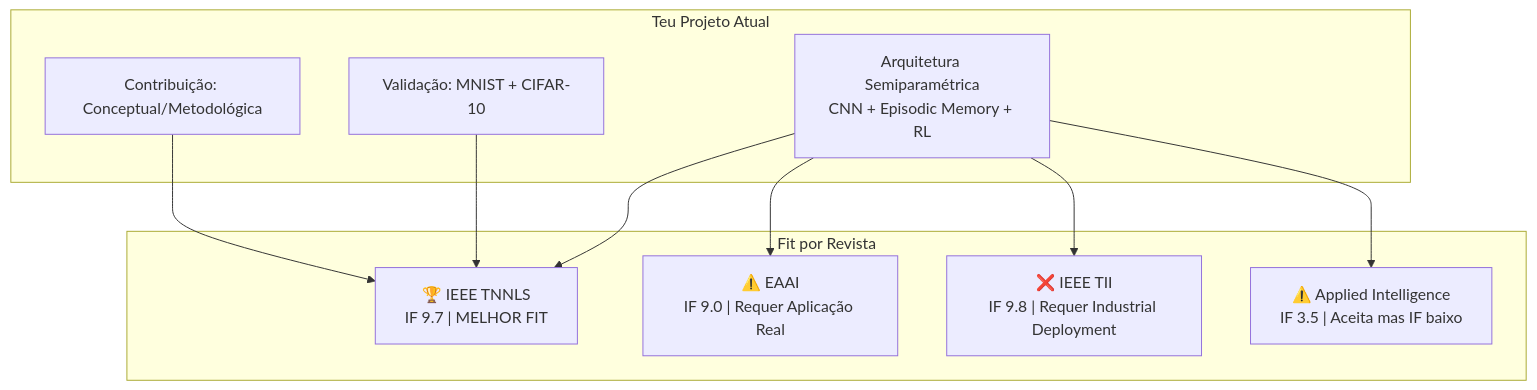
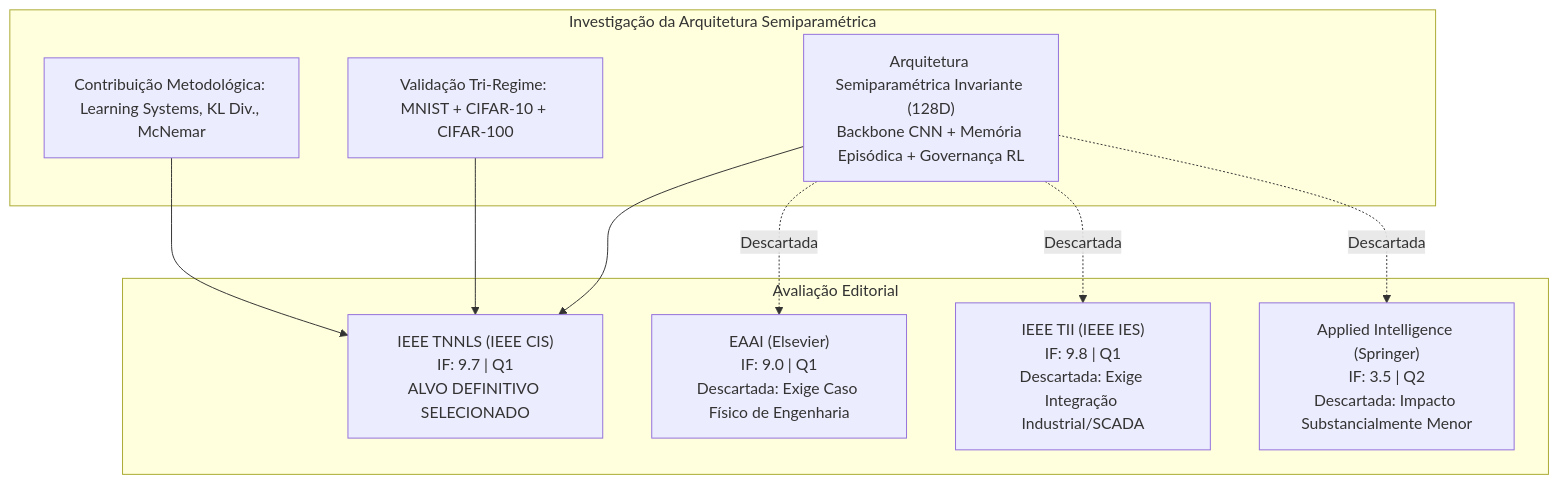
Before and after one commit to Santiago-1211173/projeto-cnn: the diagram in docs/Literatura/journal_analysis.md, drawn with Mermaid. The commit also changed other lines of this file and 14 other files, not shown here.

````diff
--- a/docs/Literatura/journal_analysis.md
+++ b/docs/Literatura/journal_analysis.md
@@ -106,23 +70,23 @@
 ```mermaid
 graph TD
-    subgraph Projeto["Teu Projeto Atual"]
-        A["Arquitetura Semiparamétrica<br/>CNN + Episodic Memory + RL"]
-        B["Validação: MNIST + CIFAR-10"]
-        C["Contribuição: Conceptual/Metodológica"]
+    subgraph Projeto["Investigação da Arquitetura Semiparamétrica"]
+        A["Arquitetura Semiparamétrica Invariante (128D)<br>Backbone CNN + Memória Episódica + Governança RL"]
+        B["Validação Tri-Regime: MNIST + CIFAR-10 + CIFAR-100"]
+        C["Contribuição Metodológica: Learning Systems, KL Div., McNemar"]
     end
     
-    subgraph Revistas["Fit por Revista"]
-        TNNLS["🏆 IEEE TNNLS<br/>IF 9.7 | MELHOR FIT"]
-        EAAI["⚠️ EAAI<br/>IF 9.0 | Requer Aplicação Real"]
-        TII["❌ IEEE TII<br/>IF 9.8 | Requer Industrial Deployment"]
-        APIN["⚠️ Applied Intelligence<br/>IF 3.5 | Aceita mas IF baixo"]
+    subgraph Decisao["Avaliação Editorial"]
+        TNNLS["IEEE TNNLS (IEEE CIS)<br>IF: 9.7 | Q1<br>ALVO DEFINITIVO SELECIONADO"]
+        EAAI["EAAI (Elsevier)<br>IF: 9.0 | Q1<br>Descartada: Exige Caso Físico de Engenharia"]
+        TII["IEEE TII (IEEE IES)<br>IF: 9.8 | Q1<br>Descartada: Exige Integração Industrial/SCADA"]
+        APIN["Applied Intelligence (Springer)<br>IF: 3.5 | Q2<br>Descartada: Impacto Substancialmente Menor"]
     end
     
     A --> TNNLS
     B --> TNNLS
     C --> TNNLS
     
-    A --> EAAI
-    A --> TII
-    A --> APIN
+    A -.->|Descartada| EAAI
+    A -.->|Descartada| TII
+    A -.->|Descartada| APIN
 ```
````
